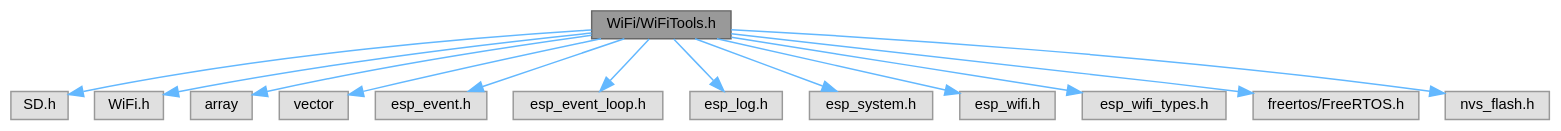
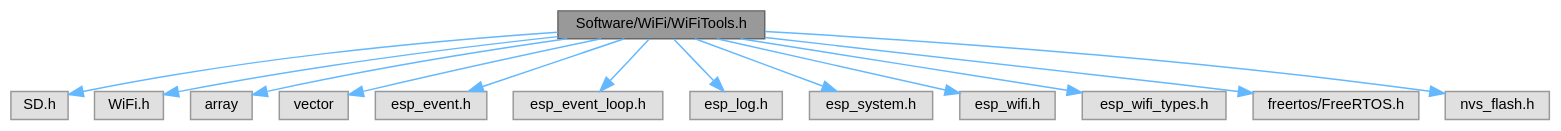
Before and after one commit to Jonathan-0101/skeletonKey: the diagram in WiFi_2WiFiTools_8h__incl.dot, drawn with Graphviz. The commit also changed 57 other files, not shown here.

```diff
--- a/WiFi_2WiFiTools_8h__incl.dot
+++ b/WiFi_2WiFiTools_8h__incl.dot
@@ -1,32 +1,32 @@
-digraph "WiFi/WiFiTools.h"
+digraph "Software/WiFi/WiFiTools.h"
 {
  // LATEX_PDF_SIZE
   bgcolor="transparent";
   edge [fontname=Helvetica,fontsize=10,labelfontname=Helvetica,labelfontsize=10];
   node [fontname=Helvetica,fontsize=10,shape=box,height=0.2,width=0.4];
-  Node1 [id="Node000001",label="WiFi/WiFiTools.h",height=0.2,width=0.4,color="gray40", fillcolor="grey60", style="filled", fontcolor="black",tooltip="Library for Wi-Fi attack tools."];
+  Node1 [id="Node000001",label="Software/WiFi/WiFiTools.h",height=0.2,width=0.4,color="gray40", fillcolor="grey60", style="filled", fontcolor="black",tooltip="Library for Wi-Fi attack tools."];
   Node1 -> Node2 [id="edge1_Node000001_Node000002",color="steelblue1",style="solid",tooltip=" "];
   Node2 [id="Node000002",label="SD.h",height=0.2,width=0.4,color="grey60", fillcolor="#E0E0E0", style="filled",tooltip=" "];
   Node1 -> Node3 [id="edge2_Node000001_Node000003",color="steelblue1",style="solid",tooltip=" "];
   Node3 [id="Node000003",label="WiFi.h",height=0.2,width=0.4,color="grey60", fillcolor="#E0E0E0", style="filled",tooltip=" "];
   Node1 -> Node4 [id="edge3_Node000001_Node000004",color="steelblue1",style="solid",tooltip=" "];
   Node4 [id="Node000004",label="array",height=0.2,width=0.4,color="grey60", fillcolor="#E0E0E0", style="filled",tooltip=" "];
   Node1 -> Node5 [id="edge4_Node000001_Node000005",color="steelblue1",style="solid",tooltip=" "];
   Node5 [id="Node000005",label="vector",height=0.2,width=0.4,color="grey60", fillcolor="#E0E0E0", style="filled",tooltip=" "];
   Node1 -> Node6 [id="edge5_Node000001_Node000006",color="steelblue1",style="solid",tooltip=" "];
   Node6 [id="Node000006",label="esp_event.h",height=0.2,width=0.4,color="grey60", fillcolor="#E0E0E0", style="filled",tooltip=" "];
   Node1 -> Node7 [id="edge6_Node000001_Node000007",color="steelblue1",style="solid",tooltip=" "];
   Node7 [id="Node000007",label="esp_event_loop.h",height=0.2,width=0.4,color="grey60", fillcolor="#E0E0E0", style="filled",tooltip=" "];
   Node1 -> Node8 [id="edge7_Node000001_Node000008",color="steelblue1",style="solid",tooltip=" "];
   Node8 [id="Node000008",label="esp_log.h",height=0.2,width=0.4,color="grey60", fillcolor="#E0E0E0", style="filled",tooltip=" "];
   Node1 -> Node9 [id="edge8_Node000001_Node000009",color="steelblue1",style="solid",tooltip=" "];
   Node9 [id="Node000009",label="esp_system.h",height=0.2,width=0.4,color="grey60", fillcolor="#E0E0E0", style="filled",tooltip=" "];
   Node1 -> Node10 [id="edge9_Node000001_Node000010",color="steelblue1",style="solid",tooltip=" "];
   Node10 [id="Node000010",label="esp_wifi.h",height=0.2,width=0.4,color="grey60", fillcolor="#E0E0E0", style="filled",tooltip=" "];
   Node1 -> Node11 [id="edge10_Node000001_Node000011",color="steelblue1",style="solid",tooltip=" "];
   Node11 [id="Node000011",label="esp_wifi_types.h",height=0.2,width=0.4,color="grey60", fillcolor="#E0E0E0", style="filled",tooltip=" "];
   Node1 -> Node12 [id="edge11_Node000001_Node000012",color="steelblue1",style="solid",tooltip=" "];
   Node12 [id="Node000012",label="freertos/FreeRTOS.h",height=0.2,width=0.4,color="grey60", fillcolor="#E0E0E0", style="filled",tooltip=" "];
   Node1 -> Node13 [id="edge12_Node000001_Node000013",color="steelblue1",style="solid",tooltip=" "];
   Node13 [id="Node000013",label="nvs_flash.h",height=0.2,width=0.4,color="grey60", fillcolor="#E0E0E0", style="filled",tooltip=" "];
 }
```
